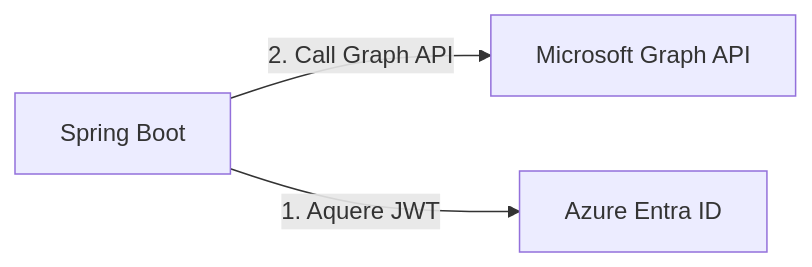
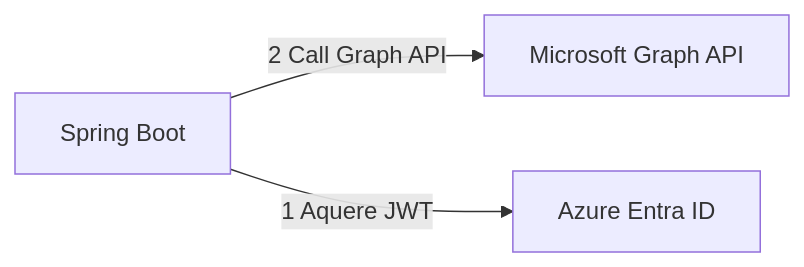
Before and after one commit to openleap-io/spring-azure-mail: the diagram in README.md, drawn with Mermaid.

````diff
--- a/README.md
+++ b/README.md
@@ -6,6 +6,6 @@
 ```mermaid
 graph LR
-    A[Spring Boot]-- 2. Call Graph API -->B[Microsoft Graph API]
-    A-- 1. Aquere JWT -->C[Azure Entra ID]
+    A[Spring Boot]-- 2 Call Graph API -->B[Microsoft Graph API]
+    A-- 1 Aquere JWT -->C[Azure Entra ID]
 
 ```
````
